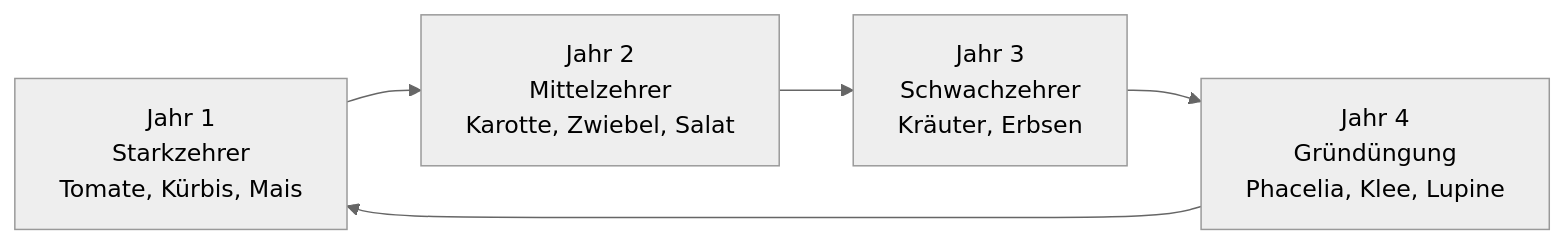
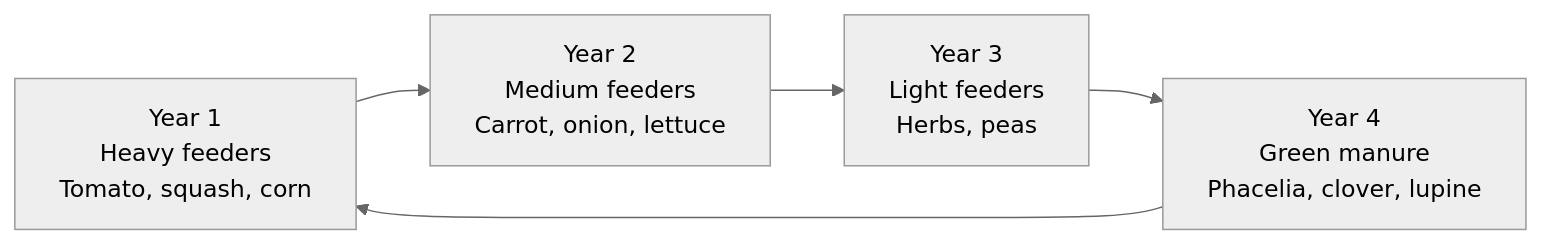
Before and after one commit to nolte/kamerplanter: the diagram in docs/de/guides/companion-planting.md, drawn with Mermaid (neutral theme). The commit also changed other lines of this file and 44 other files, not shown here.

First line of the commit message:
docs: make all Mermaid diagrams spec-compliant (repo-wide sweep)

````diff
--- a/docs/de/guides/companion-planting.md
+++ b/docs/de/guides/companion-planting.md
@@ -164,7 +165,7 @@
 ```mermaid
-graph LR
-    A["Jahr 1<br/>Starkzehrer<br/>Tomate, Kürbis, Mais"] --> B["Jahr 2<br/>Mittelzehrer<br/>Karotte, Zwiebel, Salat"]
-    B --> C["Jahr 3<br/>Schwachzehrer<br/>Kräuter, Erbsen"]
-    C --> D["Jahr 4<br/>Gründüngung<br/>Phacelia, Klee, Lupine"]
+flowchart LR
+    A["Year 1<br/>Heavy feeders<br/>Tomato, squash, corn"] --> B["Year 2<br/>Medium feeders<br/>Carrot, onion, lettuce"]
+    B --> C["Year 3<br/>Light feeders<br/>Herbs, peas"]
+    C --> D["Year 4<br/>Green manure<br/>Phacelia, clover, lupine"]
     D --> A
 ```
````
